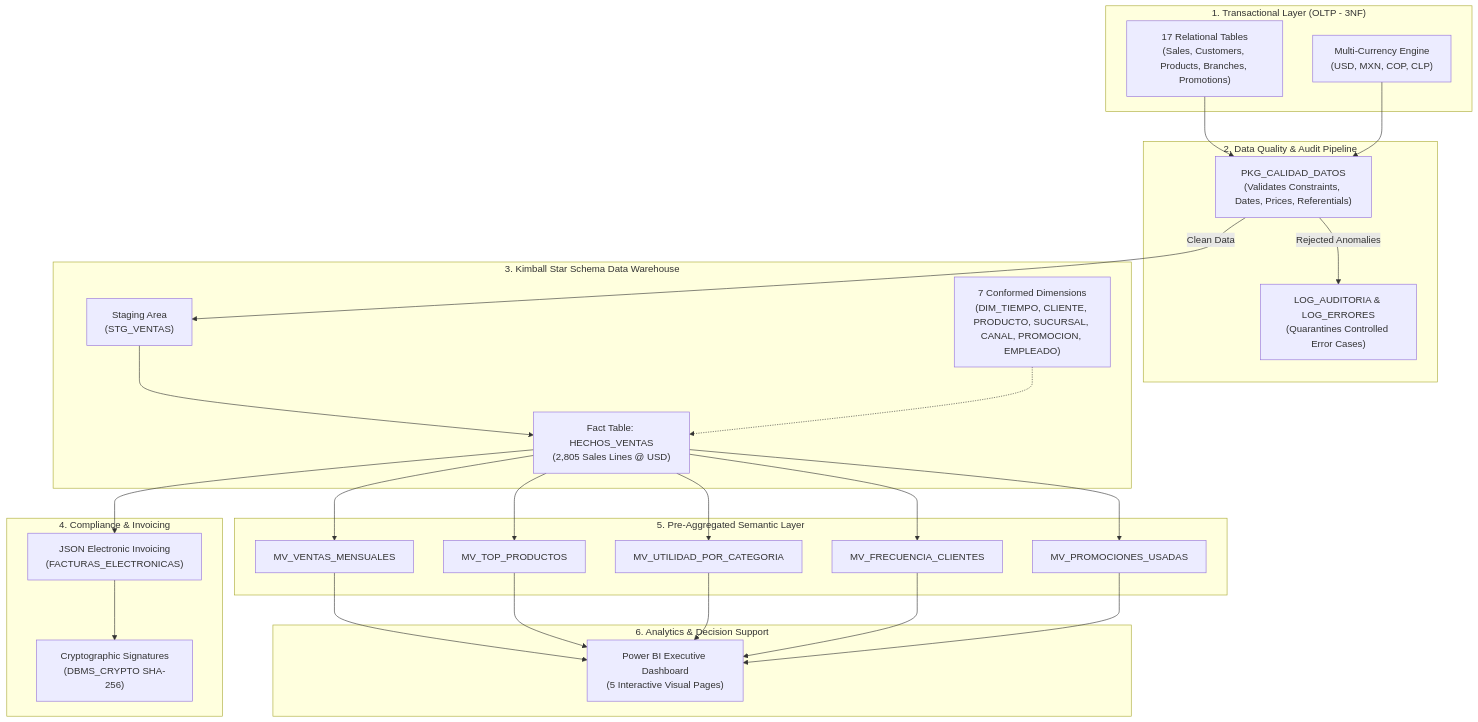
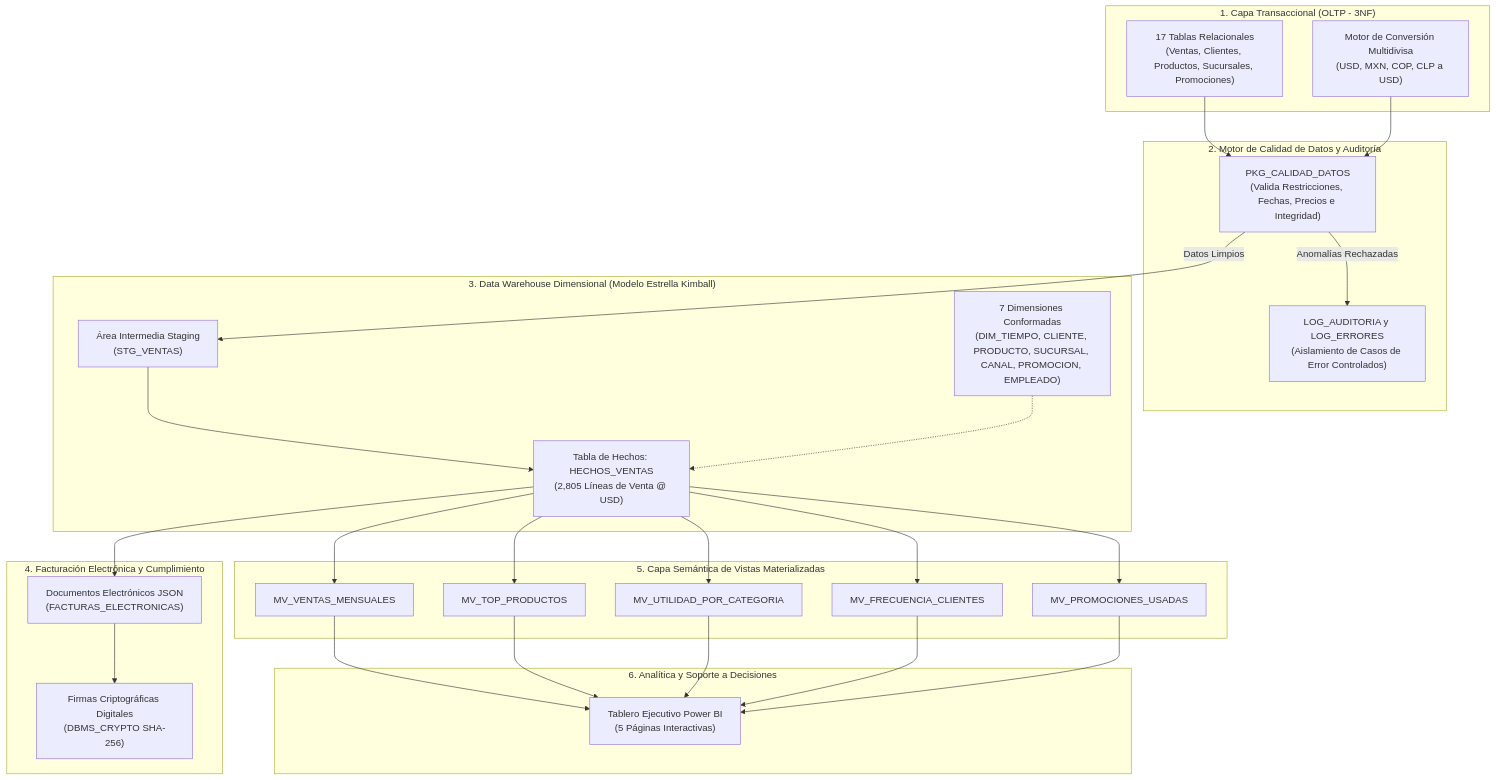
Before and after one commit to Miguel20170346/retail-omnichannel-analytics: the first of 2 diagrams in README.md, drawn with Mermaid. The commit also changed other lines of this file and 2 other files, not shown here.

````diff
--- a/README.md
+++ b/README.md
@@ -18,46 +18,46 @@
 ```mermaid
 flowchart TD
-    subgraph OLTP ["1. Transactional Layer (OLTP - 3NF)"]
-        O1["17 Relational Tables<br/>(Sales, Customers, Products, Branches, Promotions)"]
-        O2["Multi-Currency Engine<br/>(USD, MXN, COP, CLP)"]
+    subgraph OLTP ["1. Capa Transaccional (OLTP - 3NF)"]
+        O1["17 Tablas Relacionales<br/>(Ventas, Clientes, Productos, Sucursales, Promociones)"]
+        O2["Motor de Conversión Multidivisa<br/>(USD, MXN, COP, CLP a USD)"]
     end
 
-    subgraph Governance ["2. Data Quality & Audit Pipeline"]
-        G1["PKG_CALIDAD_DATOS<br/>(Validates Constraints, Dates, Prices, Referentials)"]
-        G2["LOG_AUDITORIA & LOG_ERRORES<br/>(Quarantines Controlled Error Cases)"]
+    subgraph Gobernanza ["2. Motor de Calidad de Datos y Auditoría"]
+        G1["PKG_CALIDAD_DATOS<br/>(Valida Restricciones, Fechas, Precios e Integridad)"]
+        G2["LOG_AUDITORIA y LOG_ERRORES<br/>(Aislamiento de Casos de Error Controlados)"]
     end
 
-    subgraph DW ["3. Kimball Star Schema Data Warehouse"]
-        S1["Staging Area<br/>(STG_VENTAS)"]
-        F1["Fact Table: HECHOS_VENTAS<br/>(2,805 Sales Lines @ USD)"]
-        D1["7 Conformed Dimensions<br/>(DIM_TIEMPO, CLIENTE, PRODUCTO, SUCURSAL, CANAL, PROMOCION, EMPLEADO)"]
+    subgraph DW ["3. Data Warehouse Dimensional (Modelo Estrella Kimball)"]
+        S1["Área Intermedia Staging<br/>(STG_VENTAS)"]
+        F1["Tabla de Hechos: HECHOS_VENTAS<br/>(2,805 Líneas de Venta @ USD)"]
+        D1["7 Dimensiones Conformadas<br/>(DIM_TIEMPO, CLIENTE, PRODUCTO, SUCURSAL, CANAL, PROMOCION, EMPLEADO)"]
     end
 
-    subgraph Invoicing ["4. Compliance & Invoicing"]
-        J1["JSON Electronic Invoicing<br/>(FACTURAS_ELECTRONICAS)"]
-        J2["Cryptographic Signatures<br/>(DBMS_CRYPTO SHA-256)"]
+    subgraph Facturacion ["4. Facturación Electrónica y Cumplimiento"]
+        J1["Documentos Electrónicos JSON<br/>(FACTURAS_ELECTRONICAS)"]
+        J2["Firmas Criptográficas Digitales<br/>(DBMS_CRYPTO SHA-256)"]
     end
 
-    subgraph Semantic ["5. Pre-Aggregated Semantic Layer"]
+    subgraph Semantica ["5. Capa Semántica de Vistas Materializadas"]
         MV1["MV_VENTAS_MENSUALES"]
         MV2["MV_TOP_PRODUCTOS"]
         MV3["MV_UTILIDAD_POR_CATEGORIA"]
         MV4["MV_FRECUENCIA_CLIENTES"]
         MV5["MV_PROMOCIONES_USADAS"]
     end
 
-    subgraph BI ["6. Analytics & Decision Support"]
-        PBI["Power BI Executive Dashboard<br/>(5 Interactive Visual Pages)"]
+    subgraph BI ["6. Analítica y Soporte a Decisiones"]
+        PBI["Tablero Ejecutivo Power BI<br/>(5 Páginas Interactivas)"]
     end
 
     O1 --> G1
     O2 --> G1
-    G1 -->|Clean Data| S1
-    G1 -->|Rejected Anomalies| G2
+    G1 -->|Datos Limpios| S1
+    G1 -->|Anomalías Rechazadas| G2
     S1 --> F1
     D1 -.-> F1
     F1 --> J1
     J1 --> J2
     F1 --> MV1 & MV2 & MV3 & MV4 & MV5
     MV1 & MV2 & MV3 & MV4 & MV5 --> PBI
 ```
````
